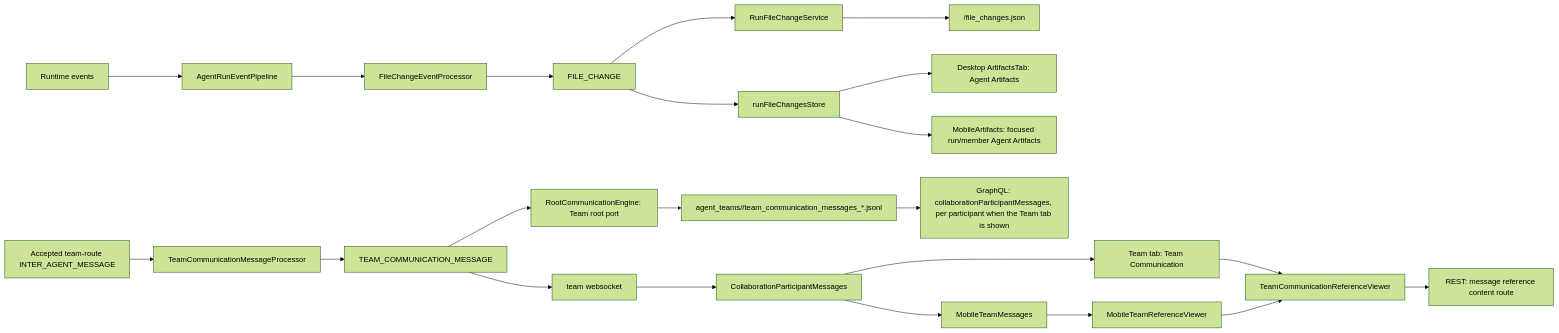
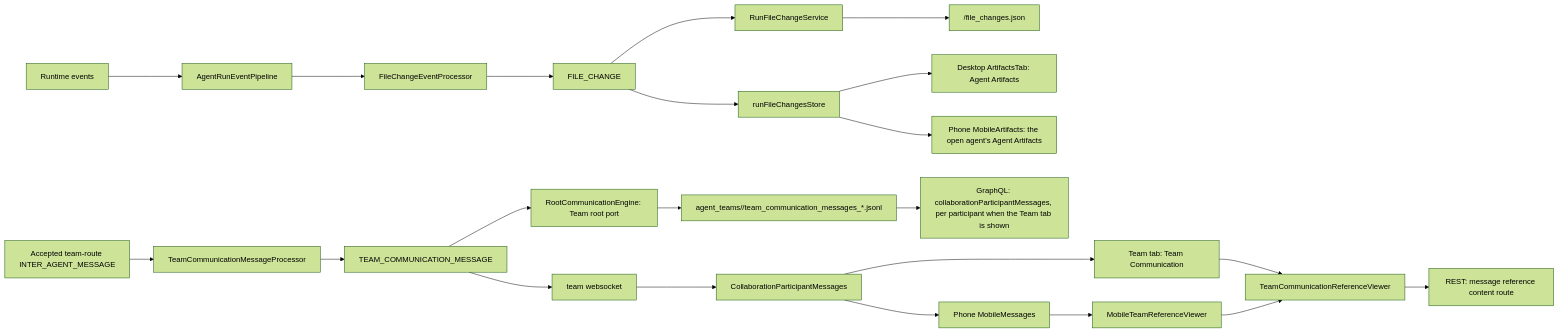
The diagram in autobyteus-web/docs/agent_artifacts.md (AutoByteus/autobyteus-workspace), drawn with Mermaid (forest theme) before and after one commit. The commit also changed other lines of this file and 11 other files, not shown here.

````diff
--- a/autobyteus-web/docs/agent_artifacts.md
+++ b/autobyteus-web/docs/agent_artifacts.md
@@ -157,25 +158,25 @@
 ```mermaid
 flowchart LR
   A[Runtime events] --> B[AgentRunEventPipeline]
   B --> C[FileChangeEventProcessor]
   C --> D[FILE_CHANGE]
   D --> E[RunFileChangeService]
   E --> F[<run-memory-dir>/file_changes.json]
   D --> G[runFileChangesStore]
   G --> H[Desktop ArtifactsTab: Agent Artifacts]
-  G --> U[MobileArtifacts: focused run/member Agent Artifacts]
+  G --> U[Phone MobileArtifacts: the open agent's Agent Artifacts]
 
   I[Accepted team-route INTER_AGENT_MESSAGE] --> J[TeamCommunicationMessageProcessor]
   J --> K[TEAM_COMMUNICATION_MESSAGE]
   K --> L[RootCommunicationEngine: Team root port]
   L --> N[agent_teams/<teamRunId>/team_communication_messages_*.jsonl]
   K --> M[team websocket]
   M --> P[CollaborationParticipantMessages]
   N --> O[GraphQL: collaborationParticipantMessages, per participant when the Team tab is shown]
   P --> R[Team tab: Team Communication]
   R --> S[TeamCommunicationReferenceViewer]
   S --> T[REST: message reference content route]
-  P --> V[MobileTeamMessages]
+  P --> V[Phone MobileMessages]
   V --> W[MobileTeamReferenceViewer]
   W --> S
 ```
````
